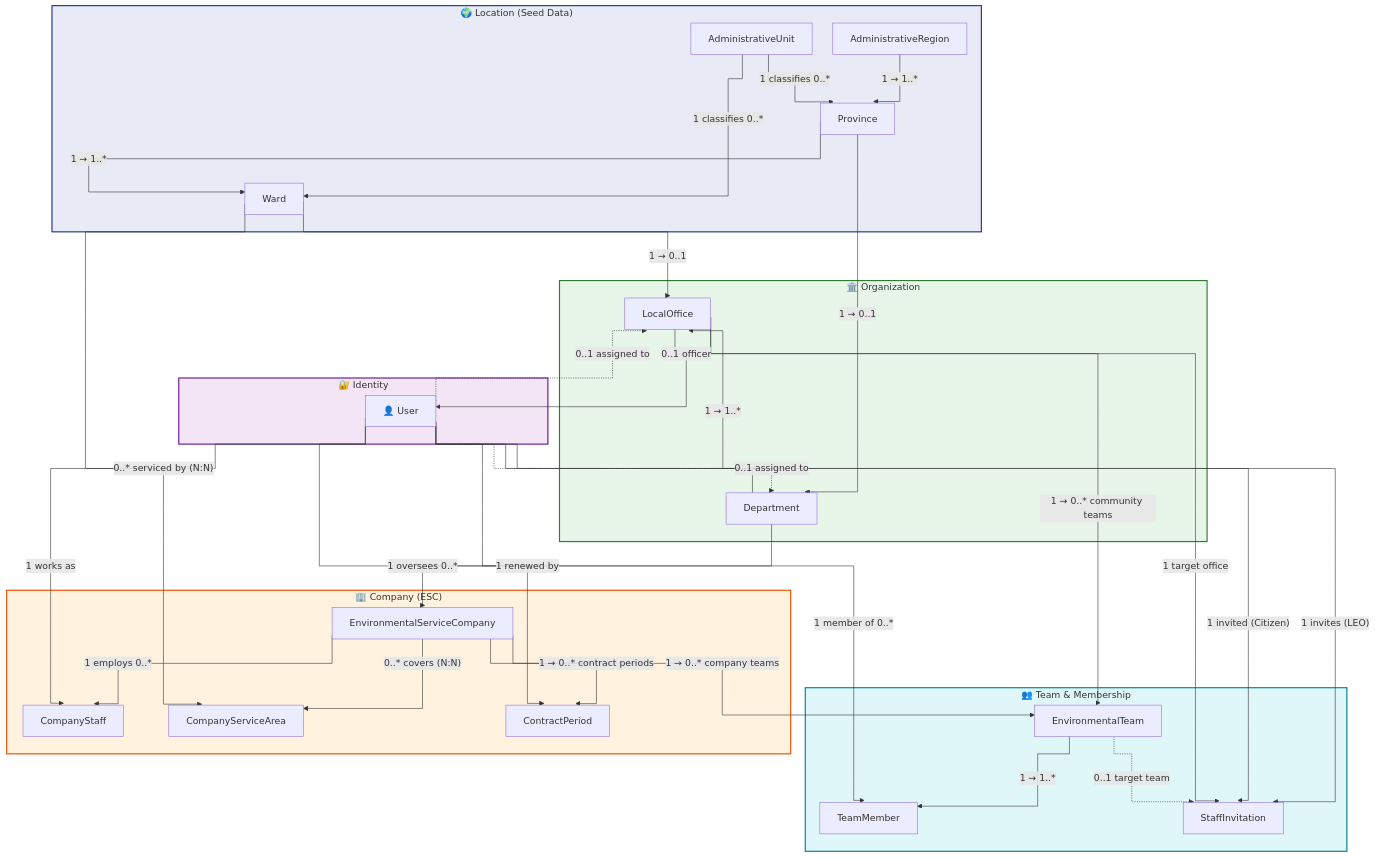
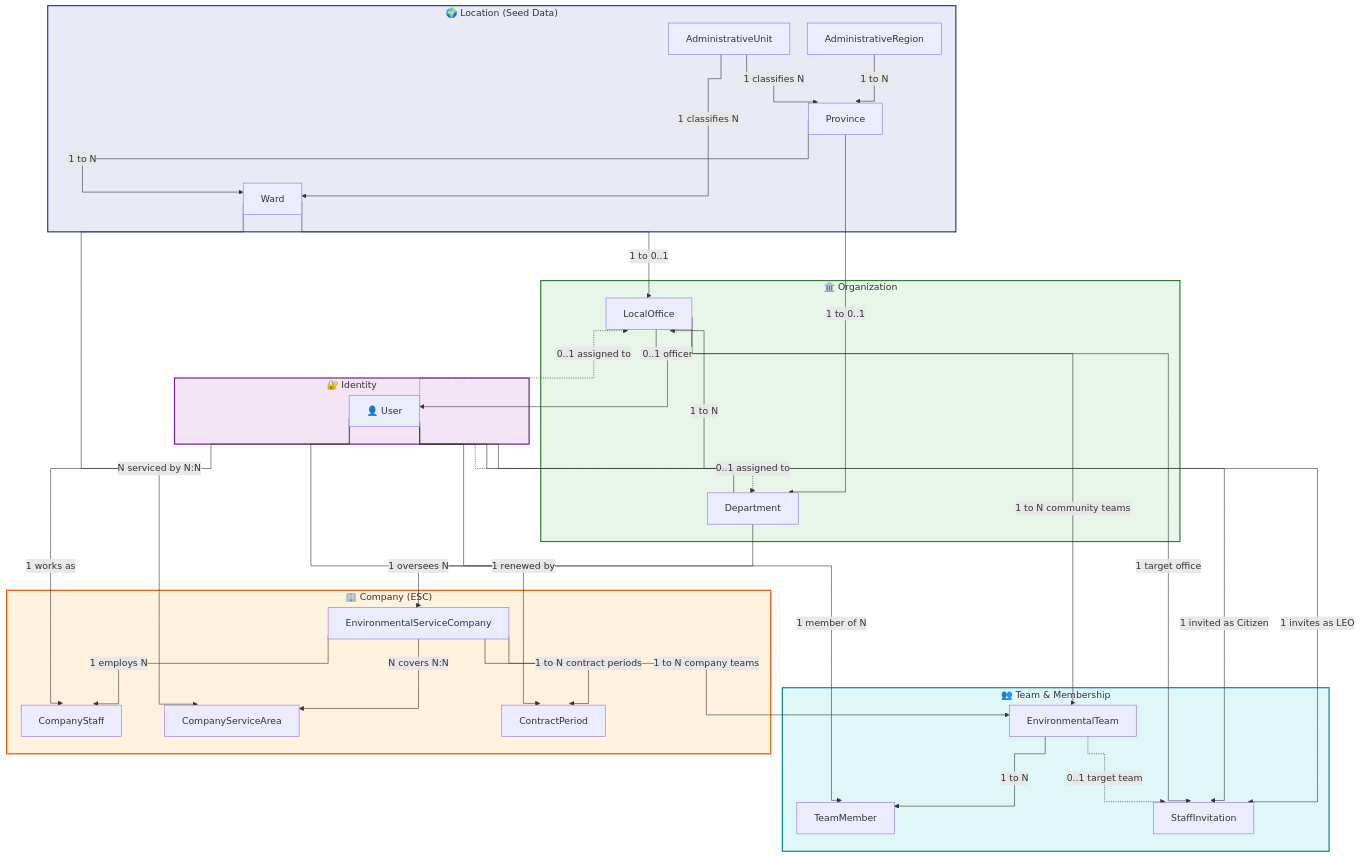
The second of 7 diagrams in docs/BusinessRule/logical_erd.md (Capstonne-Project/greenlens-service), drawn with Mermaid before and after one commit. The commit also changed other lines of this file, not shown here.

Commit message:
chore(docs): fix mermaid review

````diff
--- a/docs/BusinessRule/logical_erd.md
+++ b/docs/BusinessRule/logical_erd.md
@@ -1156,75 +1156,75 @@
 ```mermaid
 %%{init: {'flowchart': {'curve': 'stepBefore', 'nodeSpacing': 30, 'rankSpacing': 60, 'padding': 15}}}%%
 flowchart TB
     subgraph LOCATION["🌍 Location (Seed Data)"]
         AdministrativeRegion["AdministrativeRegion"]
         AdministrativeUnit["AdministrativeUnit"]
         Province["Province"]
         Ward["Ward"]
     end
 
     subgraph ORGANIZATION["🏛️ Organization"]
         Department["Department"]
         LocalOffice["LocalOffice"]
     end
 
     subgraph TEAM["👥 Team & Membership"]
         EnvironmentalTeam["EnvironmentalTeam"]
         TeamMember["TeamMember"]
         StaffInvitation["StaffInvitation"]
     end
 
     subgraph COMPANY["🏢 Company (ESC)"]
         ESC["EnvironmentalServiceCompany"]
         CompanyStaff["CompanyStaff"]
         CompanyServiceArea["CompanyServiceArea"]
         ContractPeriod["ContractPeriod"]
     end
 
     subgraph IDENTITY["🔐 Identity"]
         User["👤 User"]
     end
 
     %% ── Location hierarchy ──
-    AdministrativeRegion -- "1 → 1..* " --> Province
-    AdministrativeUnit -- "1 classifies 0..*" --> Province
-    AdministrativeUnit -- "1 classifies 0..*" --> Ward
-    Province -- "1 → 1..*" --> Ward
+    AdministrativeRegion -->|"1 to N"| Province
+    AdministrativeUnit -->|"1 classifies N"| Province
+    AdministrativeUnit -->|"1 classifies N"| Ward
+    Province -->|"1 to N"| Ward
 
     %% ── Organization hierarchy ──
-    Province -- "1 → 0..1" --> Department
-    Department -- "1 → 1..*" --> LocalOffice
-    Ward -- "1 → 0..1" --> LocalOffice
-    LocalOffice -- "0..1 officer" --> User
+    Province -->|"1 to 0..1"| Department
+    Department -->|"1 to N"| LocalOffice
+    Ward -->|"1 to 0..1"| LocalOffice
+    LocalOffice -->|"0..1 officer"| User
 
     %% ── Team ──
-    LocalOffice -- "1 → 0..* community teams" --> EnvironmentalTeam
-    ESC -- "1 → 0..* company teams" --> EnvironmentalTeam
-    EnvironmentalTeam -- "1 → 1..*" --> TeamMember
-    User -- "1 member of 0..*" --> TeamMember
+    LocalOffice -->|"1 to N community teams"| EnvironmentalTeam
+    ESC -->|"1 to N company teams"| EnvironmentalTeam
+    EnvironmentalTeam -->|"1 to N"| TeamMember
+    User -->|"1 member of N"| TeamMember
 
     %% ── Invitation ──
-    User -- "1 invites (LEO)" --> StaffInvitation
-    User -- "1 invited (Citizen)" --> StaffInvitation
-    LocalOffice -- "1 target office" --> StaffInvitation
-    EnvironmentalTeam -. "0..1 target team" .-> StaffInvitation
+    User -->|"1 invites as LEO"| StaffInvitation
+    User -->|"1 invited as Citizen"| StaffInvitation
+    LocalOffice -->|"1 target office"| StaffInvitation
+    EnvironmentalTeam -.->|"0..1 target team"| StaffInvitation
 
     %% ── Company ──
-    Department -- "1 oversees 0..*" --> ESC
-    ESC -- "1 employs 0..*" --> CompanyStaff
-    User -- "1 works as" --> CompanyStaff
-    ESC -- "0..* covers (N:N)" --> CompanyServiceArea
-    Ward -- "0..* serviced by (N:N)" --> CompanyServiceArea
-    ESC -- "1 → 0..* contract periods" --> ContractPeriod
-    User -- "1 renewed by" --> ContractPeriod
+    Department -->|"1 oversees N"| ESC
+    ESC -->|"1 employs N"| CompanyStaff
+    User -->|"1 works as"| CompanyStaff
+    ESC -->|"N covers N:N"| CompanyServiceArea
+    Ward -->|"N serviced by N:N"| CompanyServiceArea
+    ESC -->|"1 to N contract periods"| ContractPeriod
+    User -->|"1 renewed by"| ContractPeriod
 
     %% ── User assignment ──
-    User -. "0..1 assigned to" .-> Department
-    User -. "0..1 assigned to" .-> LocalOffice
+    User -.->|"0..1 assigned to"| Department
+    User -.->|"0..1 assigned to"| LocalOffice
 
     style LOCATION fill:#e8eaf6,stroke:#283593,stroke-width:2px
     style ORGANIZATION fill:#e8f5e9,stroke:#2e7d32,stroke-width:2px
     style TEAM fill:#e0f7fa,stroke:#00838f,stroke-width:2px
     style COMPANY fill:#fff3e0,stroke:#e65100,stroke-width:2px
     style IDENTITY fill:#f3e5f5,stroke:#6a1b9a,stroke-width:2px
 ```
````
